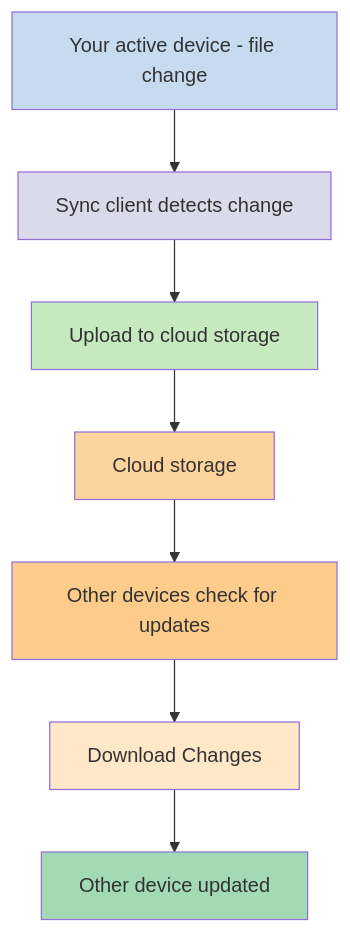
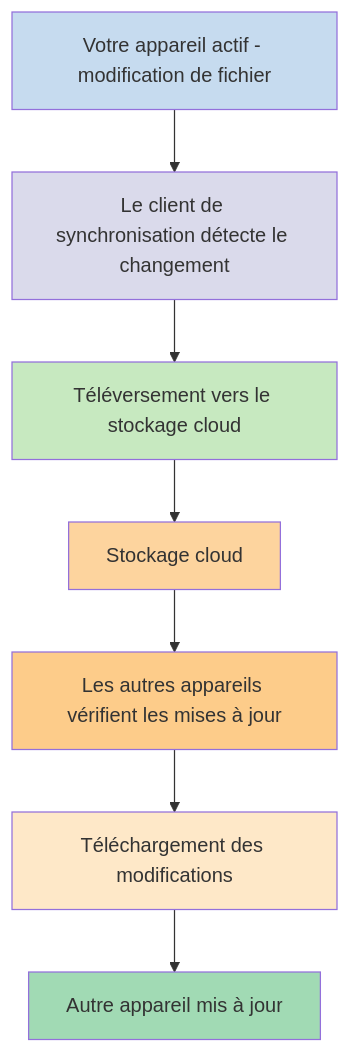
The first of 2 diagrams in fr/Obsidian Sync/Coffres locaux et distants.md (obsidianmd/obsidian-help), drawn with Mermaid before and after one commit. The commit also changed other lines of this file and 161 other files, not shown here.

````diff
--- a/fr/Obsidian Sync/Coffres locaux et distants.md
+++ b/fr/Obsidian Sync/Coffres locaux et distants.md
@@ -34,24 +33,24 @@
 ```mermaid
 graph TD
-    A[Your active device - file change]
-    B[Sync client detects change]
-    C[Upload to cloud storage]
-    D[Cloud storage]
-    E[Other devices check for updates]
-    F[Download Changes]
-    G[Other device updated]
+    A[Votre appareil actif - modification de fichier]
+    B[Le client de synchronisation détecte le changement]
+    C[Téléversement vers le stockage cloud]
+    D[Stockage cloud]
+    E[Les autres appareils vérifient les mises à jour]
+    F[Téléchargement des modifications]
+    G[Autre appareil mis à jour]
     
     A --> B
     B --> C
     C --> D
     D --> E
     E --> F
     F --> G
     style A fill:#c6dbef
     style B fill:#dadaeb
     style C fill:#c7e9c0
     style D fill:#fdd49e
     style E fill:#fdcc8a
     style F fill:#fee8c8
     style G fill:#a1dab4
 ```
````
